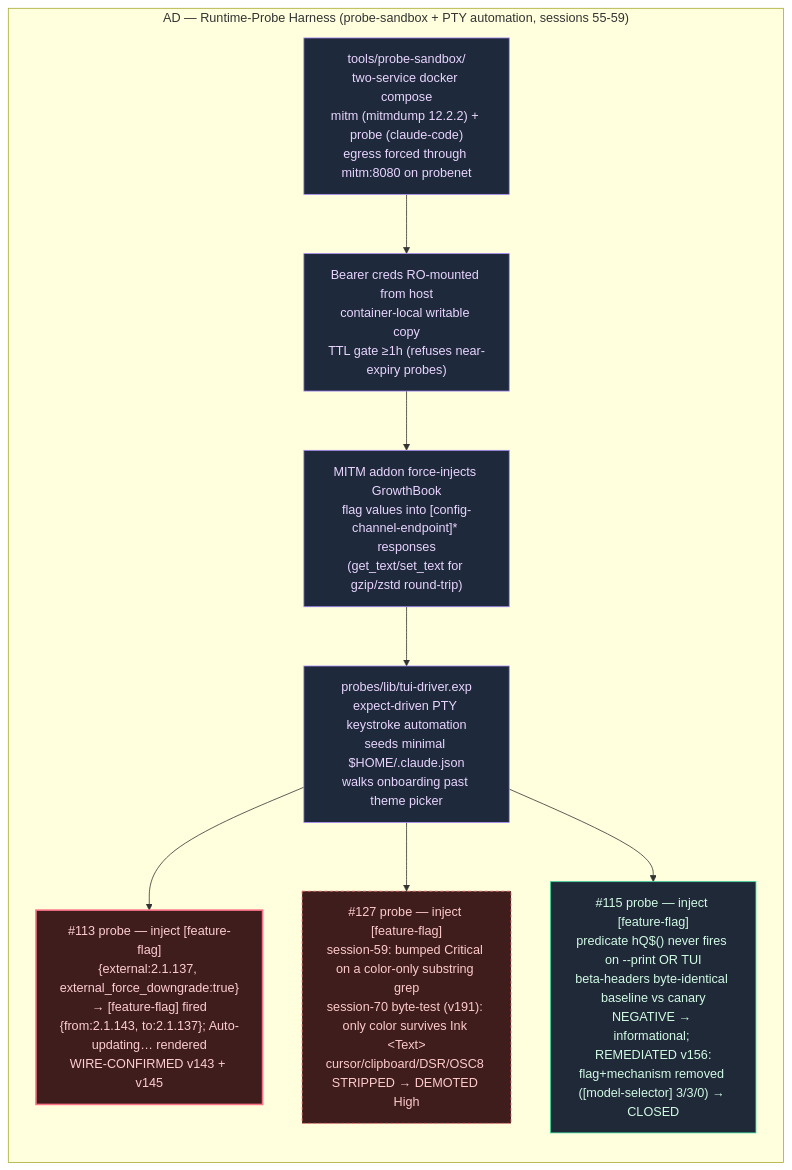
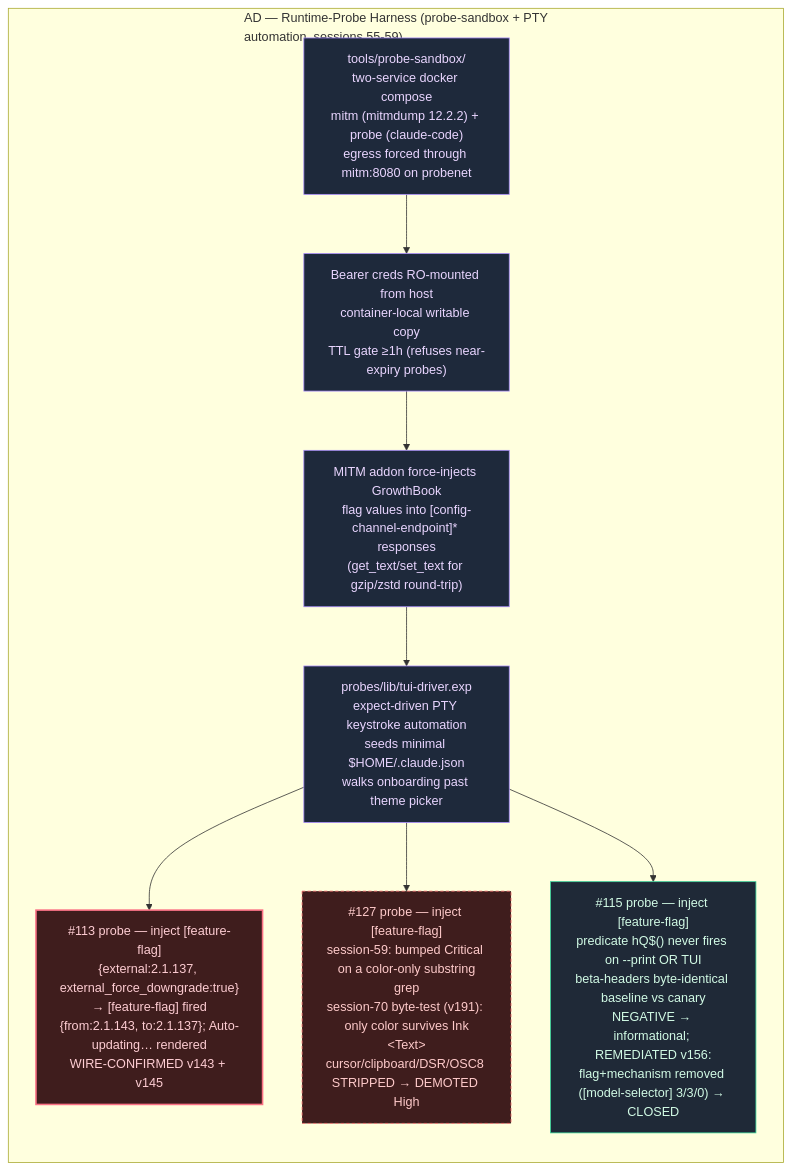
One commit to pjt222/claude-buddy-investigation changed the diagram in docs/flow/PROBESANDBOX.mmd. Above: the diagram before and after it, drawn with Mermaid. The commit also changed 73 other files, not shown here.

First line of the commit message:
flow: make the cluster diagrams readable at page width

```diff
--- a/docs/flow/PROBESANDBOX.mmd
+++ b/docs/flow/PROBESANDBOX.mmd
@@ -1,26 +1,26 @@
 flowchart LR
     %% PROBESANDBOX — AD — Runtime-Probe Harness (probe-sandbox + PTY automation, sessions 55-59)
-    subgraph PROBESANDBOX["AD — Runtime-Probe Harness (probe-sandbox + PTY automation, sessions 55-59)"]
+    subgraph PROBESANDBOX["AD — Runtime-Probe Harness (probe-sandbox + PTY<br/>automation, sessions 55-59)"]
         direction TB
         ps_compose["tools/probe-sandbox/<br/>two-service docker compose<br/>mitm (mitmdump 12.2.2) + probe (claude-code)<br/>egress forced through mitm:8080 on probenet"]:::ours
         ps_creds["Bearer creds RO-mounted from host<br/>container-local writable copy<br/>TTL gate ≥1h (refuses near-expiry probes)"]:::ours
         ps_addon["MITM addon force-injects GrowthBook<br/>flag values into [config-channel-endpoint]* responses<br/>(get_text/set_text for gzip/zstd round-trip)"]:::ours
         ps_tui["probes/lib/tui-driver.exp<br/>expect-driven PTY keystroke automation<br/>seeds minimal $HOME/.claude.json<br/>walks onboarding past theme picker"]:::ours
         ps_113["#113 probe — inject [feature-flag]<br/>{external:2.1.137, external_force_downgrade:true}<br/>→ [feature-flag] fired<br/>{from:2.1.143, to:2.1.137}; Auto-updating… rendered<br/>WIRE-CONFIRMED v143 + v145"]:::risk
-        ps_127["#127 probe — inject [feature-flag]<br/>session-59: bumped Critical on a color-only substring grep<br/>session-70 byte-test (v191): only color survives Ink &lt;Text&gt;<br/>cursor/clipboard/DSR/OSC8 STRIPPED → DEMOTED High"]:::gap
+        ps_127["#127 probe — inject [feature-flag]<br/>session-59: bumped Critical on a color-only substring<br/>grep<br/>session-70 byte-test (v191): only color survives Ink<br/>&lt;Text&gt;<br/>cursor/clipboard/DSR/OSC8 STRIPPED → DEMOTED High"]:::gap
         ps_115["#115 probe — inject [feature-flag]<br/>predicate hQ$() never fires on --print OR TUI<br/>beta-headers byte-identical baseline vs canary<br/>NEGATIVE → informational; REMEDIATED v156:<br/>flag+mechanism removed ([model-selector] 3/3/0) → CLOSED"]:::baseline
     end
 
     ps_compose --> ps_creds
     ps_creds --> ps_addon
     ps_addon --> ps_tui
     ps_tui --> ps_113
     ps_tui --> ps_127
     ps_tui --> ps_115
 
     classDef core fill:#1f2937,stroke:#60a5fa,color:#f8fafc,stroke-width:1px
     classDef gap fill:#3f1d1d,stroke:#f87171,color:#fecaca,stroke-dasharray: 4 3,stroke-width:1px
     classDef removed fill:#1a1a1a,stroke:#6b7280,color:#9ca3af,stroke-dasharray: 2,stroke-width:1px
     classDef ours fill:#1e293b,stroke:#a78bfa,color:#e9d5ff,stroke-width:1px
     classDef baseline fill:#1f2937,stroke:#34d399,color:#d1fae5,stroke-width:1px
     classDef risk fill:#3f1d1d,stroke:#fb7185,color:#fecdd3,stroke-width:2px
```
